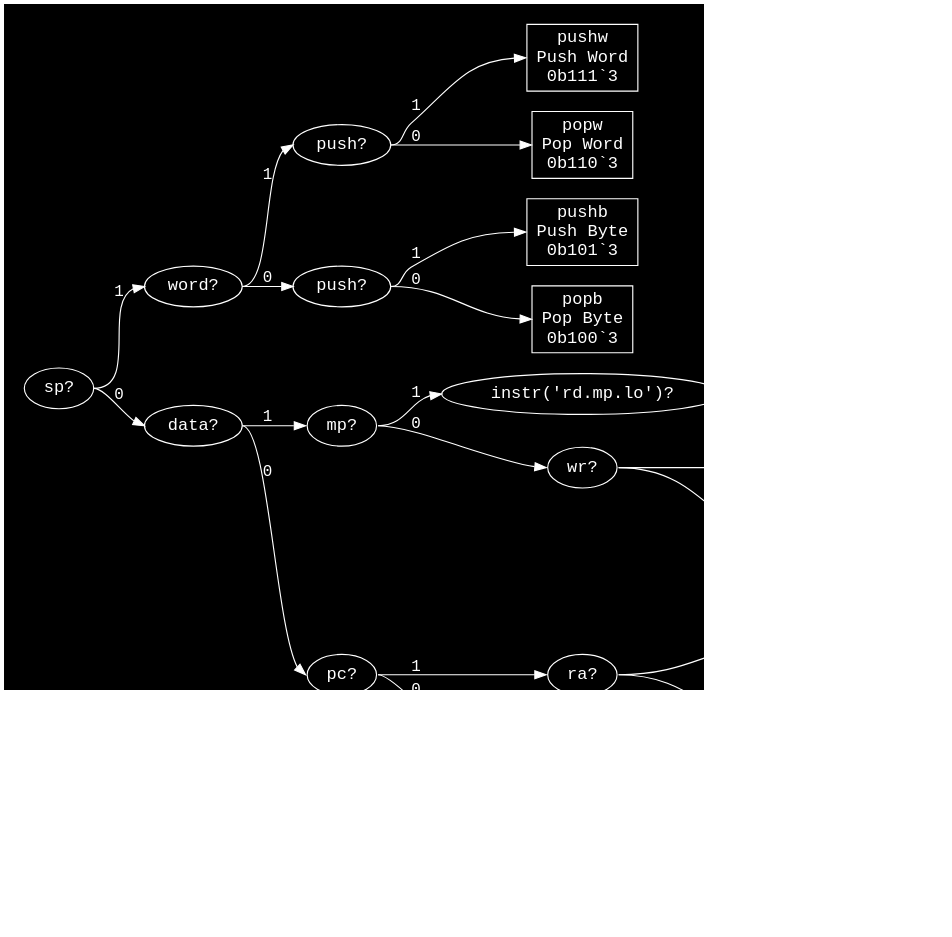
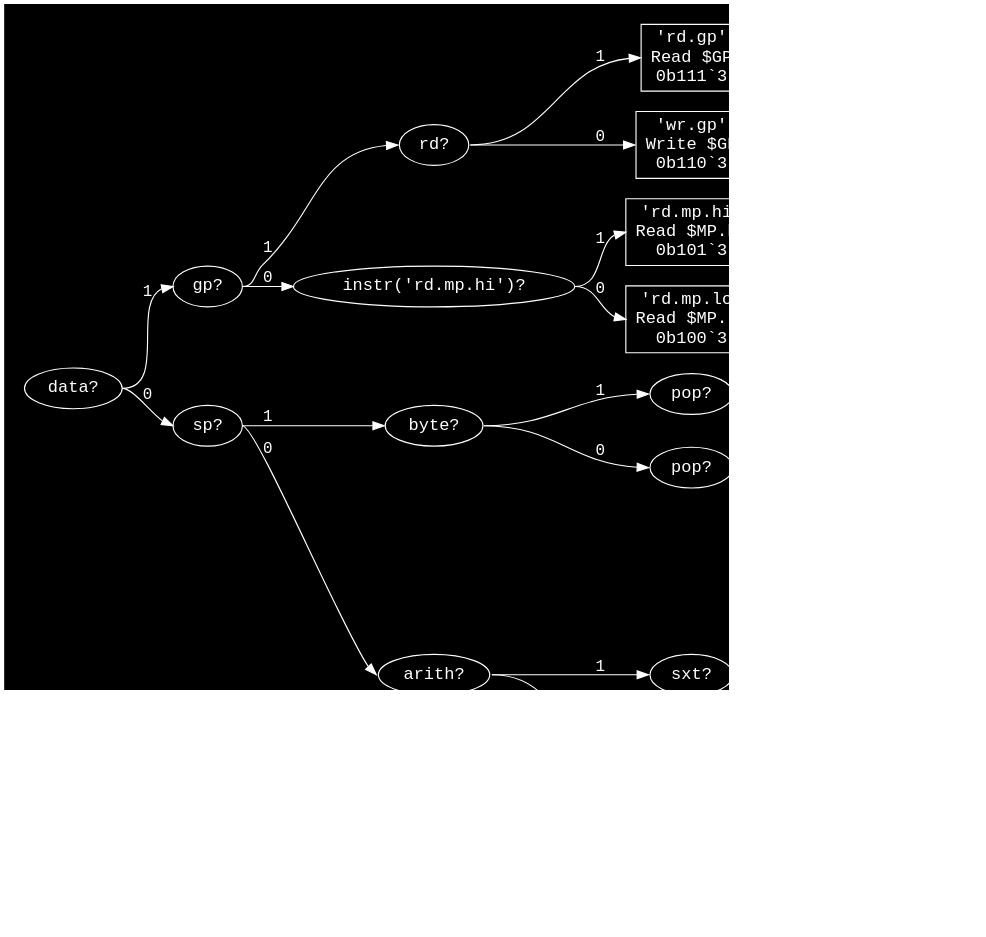
One commit to eignnx/SPRIND changed the diagram in assets/graphs/r(_).dot. Above: the diagram before and after it, drawn with Graphviz. The commit also changed 15 other files, not shown here.

```diff
--- a/assets/graphs/r(_).dot
+++ b/assets/graphs/r(_).dot
@@ -1,50 +1,50 @@
 digraph "Format r(_)" {
   graph [dpi = 100, bgcolor="#111", fontcolor="white", rankdir=LR, pad="0.25"];
   node [fontname = "Courier", fontsize="15pt", color="white", fontcolor="white"];
   edge [fontname = "Courier", color="white", fontcolor="white"];
-  "sp_4114254" [label = "sp?", shape = ellipse];
-  "sp_4114254":e -> "word_16344652":w [label = "1"];
-  "sp_4114254":e -> "data_8521026":w [label = "0"];
-  "word_16344652" [label = "word?", shape = ellipse];
-  "word_16344652":e -> "push_16362597":w [label = "1"];
-  "word_16344652":e -> "push_6658631":w [label = "0"];
-  "push_16362597" [label = "push?", shape = ellipse];
-  "push_16362597":e -> "pushw_9011362":w [label = "1"];
-  "push_16362597":e -> "popw_1825455":w [label = "0"];
-  "pushw_9011362" [label = "pushw\nPush Word\n0b111`3", shape = rectangle];
-  "popw_1825455" [label = "popw\nPop Word\n0b110`3", shape = rectangle];
-  "push_6658631" [label = "push?", shape = ellipse];
-  "push_6658631":e -> "pushb_7132072":w [label = "1"];
-  "push_6658631":e -> "popb_9607987":w [label = "0"];
-  "pushb_7132072" [label = "pushb\nPush Byte\n0b101`3", shape = rectangle];
-  "popb_9607987" [label = "popb\nPop Byte\n0b100`3", shape = rectangle];
-  "data_8521026" [label = "data?", shape = ellipse];
-  "data_8521026":e -> "mp_7826541":w [label = "1"];
-  "data_8521026":e -> "pc_3994631":w [label = "0"];
-  "mp_7826541" [label = "mp?", shape = ellipse];
-  "mp_7826541":e -> "instr('rd.mp.lo')_304513":w [label = "1"];
-  "mp_7826541":e -> "wr_16207493":w [label = "0"];
-  "instr('rd.mp.lo')_304513" [label = "instr('rd.mp.lo')?", shape = ellipse];
-  "instr('rd.mp.lo')_304513":e -> "'rd.mp.lo'_9626836":w [label = "1"];
-  "instr('rd.mp.lo')_304513":e -> "'rd.mp.hi'_6753187":w [label = "0"];
-  "'rd.mp.lo'_9626836" [label = "'rd.mp.lo'\nRead $MP.lo\n0b0111`4", shape = rectangle];
-  "'rd.mp.hi'_6753187" [label = "'rd.mp.hi'\nRead $MP.hi\n0b0110`4", shape = rectangle];
-  "wr_16207493" [label = "wr?", shape = ellipse];
-  "wr_16207493":e -> "'wr.gp'_5110024":w [label = "1"];
-  "wr_16207493":e -> "'rd.gp'_7170807":w [label = "0"];
-  "'wr.gp'_5110024" [label = "'wr.gp'\nWrite $GP\n0b0101`4", shape = rectangle];
-  "'rd.gp'_7170807" [label = "'rd.gp'\nRead $GP\n0b0100`4", shape = rectangle];
-  "pc_3994631" [label = "pc?", shape = ellipse];
-  "pc_3994631":e -> "ra_11984613":w [label = "1"];
-  "pc_3994631":e -> "sxt_1516934":w [label = "0"];
+  "data_706100" [label = "data?", shape = ellipse];
+  "data_706100":e -> "gp_13770234":w [label = "1"];
+  "data_706100":e -> "sp_11244832":w [label = "0"];
+  "gp_13770234" [label = "gp?", shape = ellipse];
+  "gp_13770234":e -> "rd_12396995":w [label = "1"];
+  "gp_13770234":e -> "instr('rd.mp.hi')_12709354":w [label = "0"];
+  "rd_12396995" [label = "rd?", shape = ellipse];
+  "rd_12396995":e -> "'rd.gp'_7170807":w [label = "1"];
+  "rd_12396995":e -> "'wr.gp'_5110024":w [label = "0"];
+  "'rd.gp'_7170807" [label = "'rd.gp'\nRead $GP\n0b111`3", shape = rectangle];
+  "'wr.gp'_5110024" [label = "'wr.gp'\nWrite $GP\n0b110`3", shape = rectangle];
+  "instr('rd.mp.hi')_12709354" [label = "instr('rd.mp.hi')?", shape = ellipse];
+  "instr('rd.mp.hi')_12709354":e -> "'rd.mp.hi'_6753187":w [label = "1"];
+  "instr('rd.mp.hi')_12709354":e -> "'rd.mp.lo'_9626836":w [label = "0"];
+  "'rd.mp.hi'_6753187" [label = "'rd.mp.hi'\nRead $MP.hi\n0b101`3", shape = rectangle];
+  "'rd.mp.lo'_9626836" [label = "'rd.mp.lo'\nRead $MP.lo\n0b100`3", shape = rectangle];
+  "sp_11244832" [label = "sp?", shape = ellipse];
+  "sp_11244832":e -> "byte_11388536":w [label = "1"];
+  "sp_11244832":e -> "arith_8397043":w [label = "0"];
+  "byte_11388536" [label = "byte?", shape = ellipse];
+  "byte_11388536":e -> "pop_13701219":w [label = "1"];
+  "byte_11388536":e -> "pop_11052152":w [label = "0"];
+  "pop_13701219" [label = "pop?", shape = ellipse];
+  "pop_13701219":e -> "popb_9607987":w [label = "1"];
+  "pop_13701219":e -> "pushb_7132072":w [label = "0"];
+  "popb_9607987" [label = "popb\nPop Byte\n0b0111`4", shape = rectangle];
+  "pushb_7132072" [label = "pushb\nPush Byte\n0b0110`4", shape = rectangle];
+  "pop_11052152" [label = "pop?", shape = ellipse];
+  "pop_11052152":e -> "popw_1825455":w [label = "1"];
+  "pop_11052152":e -> "pushw_9011362":w [label = "0"];
+  "popw_1825455" [label = "popw\nPop Word\n0b0101`4", shape = rectangle];
+  "pushw_9011362" [label = "pushw\nPush Word\n0b0100`4", shape = rectangle];
+  "arith_8397043" [label = "arith?", shape = ellipse];
+  "arith_8397043":e -> "sxt_1516934":w [label = "1"];
+  "arith_8397043":e -> "ra_11984613":w [label = "0"];
+  "sxt_1516934" [label = "sxt?", shape = ellipse];
+  "sxt_1516934":e -> "seb_8359608":w [label = "1"];
+  "sxt_1516934":e -> "neg_298820":w [label = "0"];
+  "seb_8359608" [label = "seb\nSign Extend Byte\n0b0011`4", shape = rectangle];
+  "neg_298820" [label = "neg\nNegate\n0b0010`4", shape = rectangle];
   "ra_11984613" [label = "ra?", shape = ellipse];
   "ra_11984613":e -> "callr_11085822":w [label = "1"];
   "ra_11984613":e -> "jr_14350230":w [label = "0"];
-  "callr_11085822" [label = "callr\nCall Register\n0b0011`4", shape = rectangle];
-  "jr_14350230" [label = "jr\nJump Register\n0b0010`4", shape = rectangle];
-  "sxt_1516934" [label = "sxt?", shape = ellipse];
-  "sxt_1516934":e -> "seb_8359608":w [label = "1"];
-  "sxt_1516934":e -> "neg_298820":w [label = "0"];
-  "seb_8359608" [label = "seb\nSign Extend Byte\n0b0001`4", shape = rectangle];
-  "neg_298820" [label = "neg\nNegate\n0b0000`4", shape = rectangle];
+  "callr_11085822" [label = "callr\nCall Register\n0b0001`4", shape = rectangle];
+  "jr_14350230" [label = "jr\nJump Register\n0b0000`4", shape = rectangle];
 }
```
